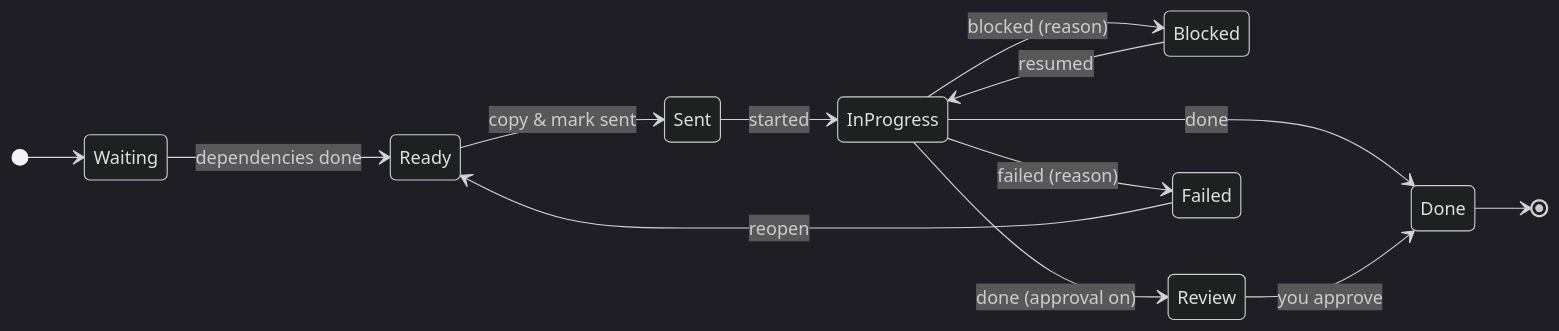
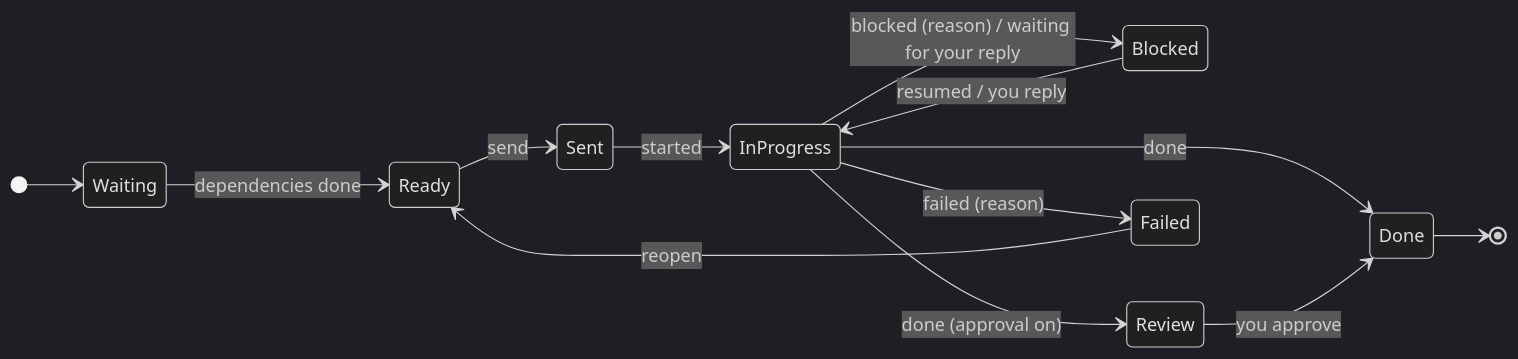
Before and after one commit to mitradeniz/ai-tracking-system: the third of 3 diagrams in README.md, drawn with Mermaid (dark theme). The commit also changed other lines of this file and 36 other files, not shown here.

````diff
--- a/README.md
+++ b/README.md
@@ -207,16 +235,16 @@
 ```mermaid
 stateDiagram-v2
     direction LR
     [*] --> Waiting
     Waiting --> Ready: dependencies done
-    Ready --> Sent: copy & mark sent
+    Ready --> Sent: send
     Sent --> InProgress: started
-    InProgress --> Blocked: blocked (reason)
-    Blocked --> InProgress: resumed
+    InProgress --> Blocked: blocked (reason) / waiting for your reply
+    Blocked --> InProgress: resumed / you reply
     InProgress --> Review: done (approval on)
     InProgress --> Done: done
     Review --> Done: you approve
     InProgress --> Failed: failed (reason)
     Failed --> Ready: reopen
     Done --> [*]
 ```
````
